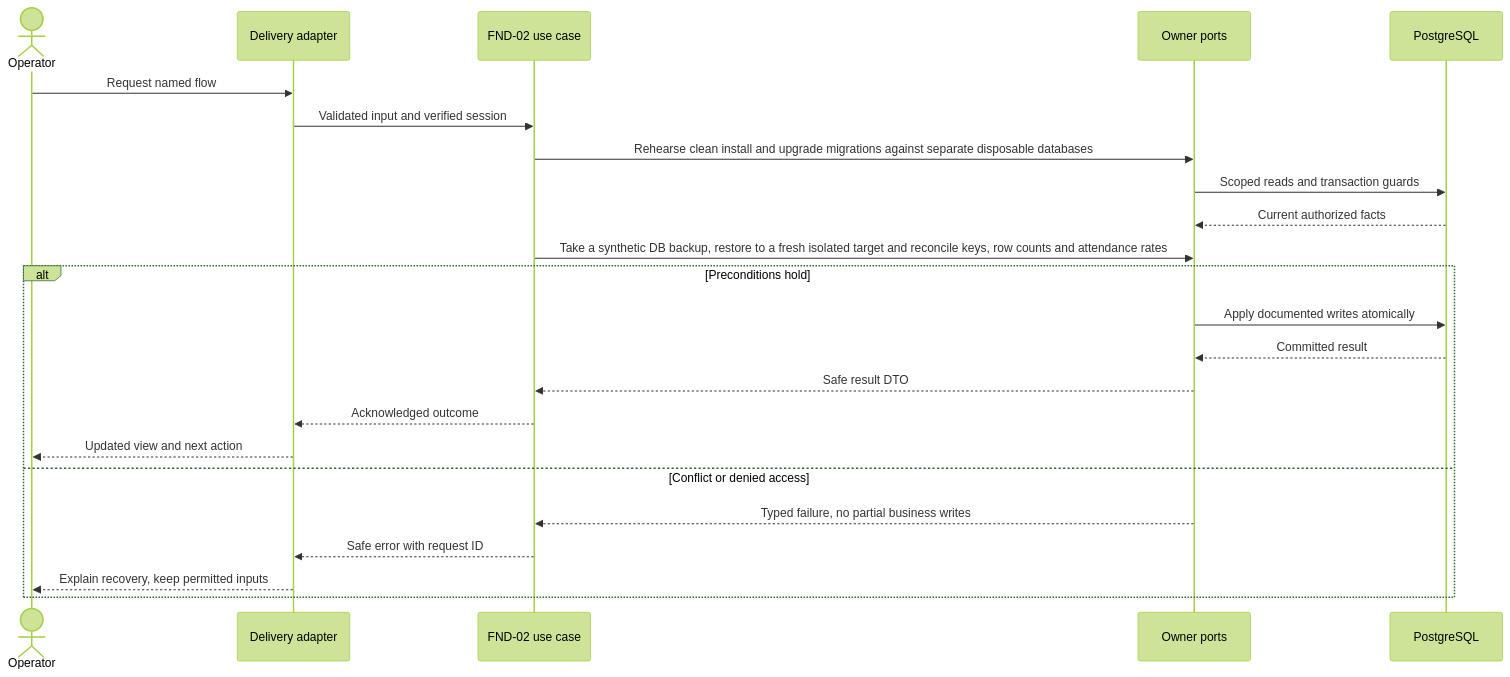
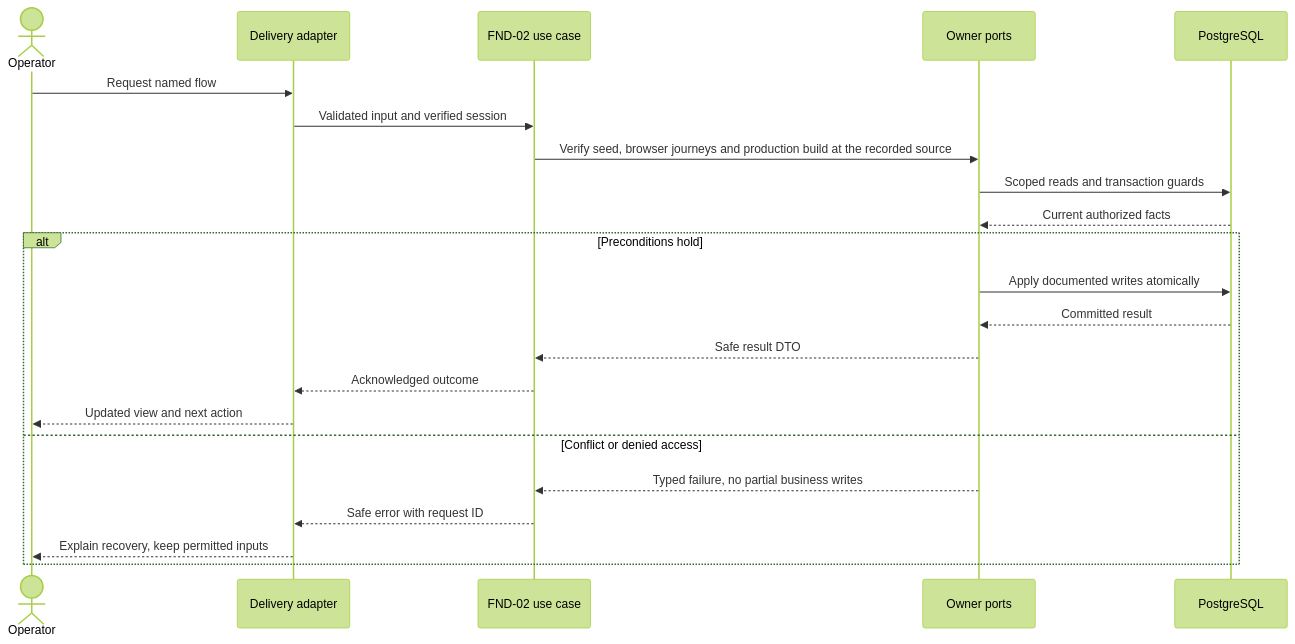
Before and after one commit to svenk15/vyapti_vschool: the second of 2 diagrams in docs/modules/platform/DESIGN.md, drawn with Mermaid (forest theme). The commit also changed other lines of this file and 20 other files, not shown here.

````diff
--- a/docs/modules/platform/DESIGN.md
+++ b/docs/modules/platform/DESIGN.md
@@ -110,25 +111,24 @@
 ```mermaid
 sequenceDiagram
   actor U as Operator
   participant W as Delivery adapter
   participant A as FND-02 use case
   participant P as Owner ports
   participant D as PostgreSQL
   U->>W: Request named flow
   W->>A: Validated input and verified session
-  A->>P: Rehearse clean install and upgrade migrations against separate disposable databases
+  A->>P: Verify seed, browser journeys and production build at the recorded source
   P->>D: Scoped reads and transaction guards
   D-->>P: Current authorized facts
-  A->>P: Take a synthetic DB backup, restore to a fresh isolated target and reconcile keys, row counts and attendance rates
   alt Preconditions hold
     P->>D: Apply documented writes atomically
     D-->>P: Committed result
     P-->>A: Safe result DTO
     A-->>W: Acknowledged outcome
     W-->>U: Updated view and next action
   else Conflict or denied access
     P-->>A: Typed failure, no partial business writes
     A-->>W: Safe error with request ID
     W-->>U: Explain recovery, keep permitted inputs
   end
 ```
````
